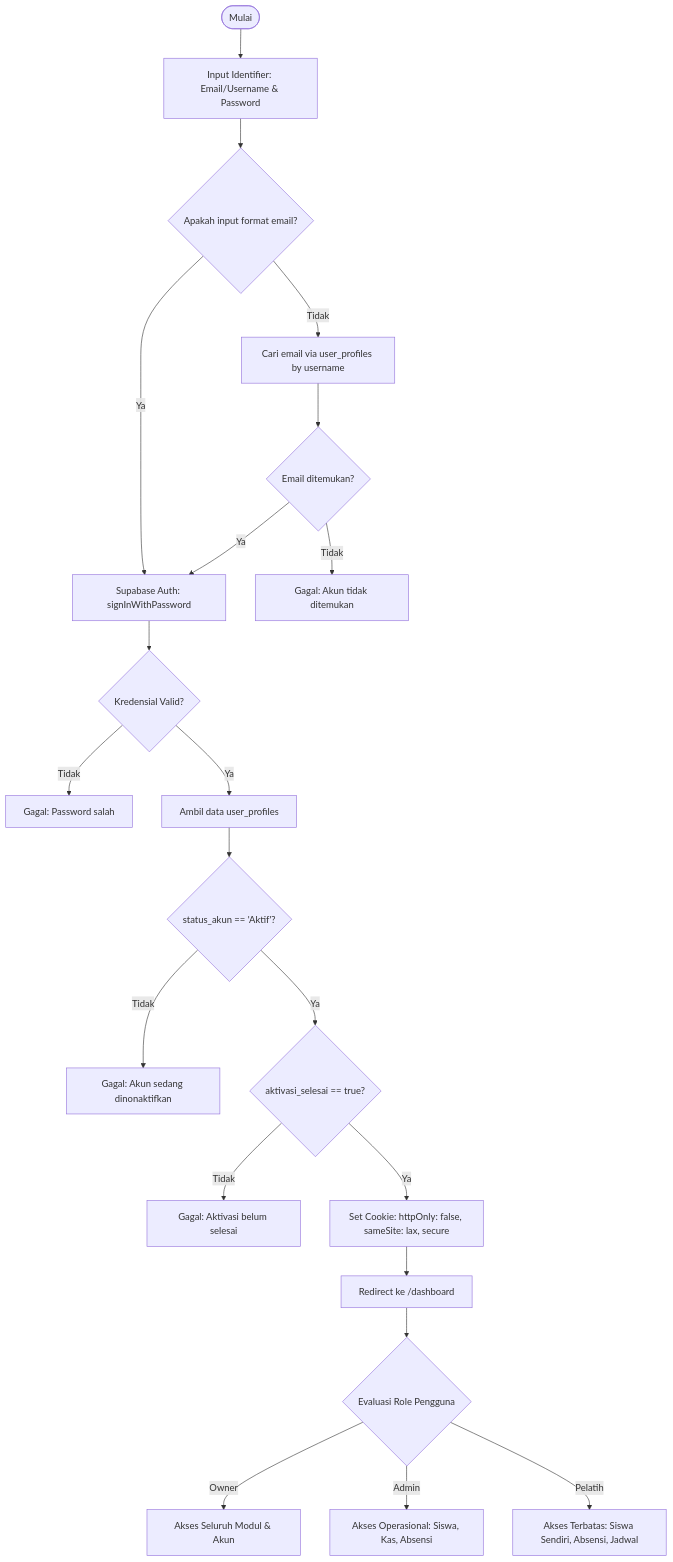
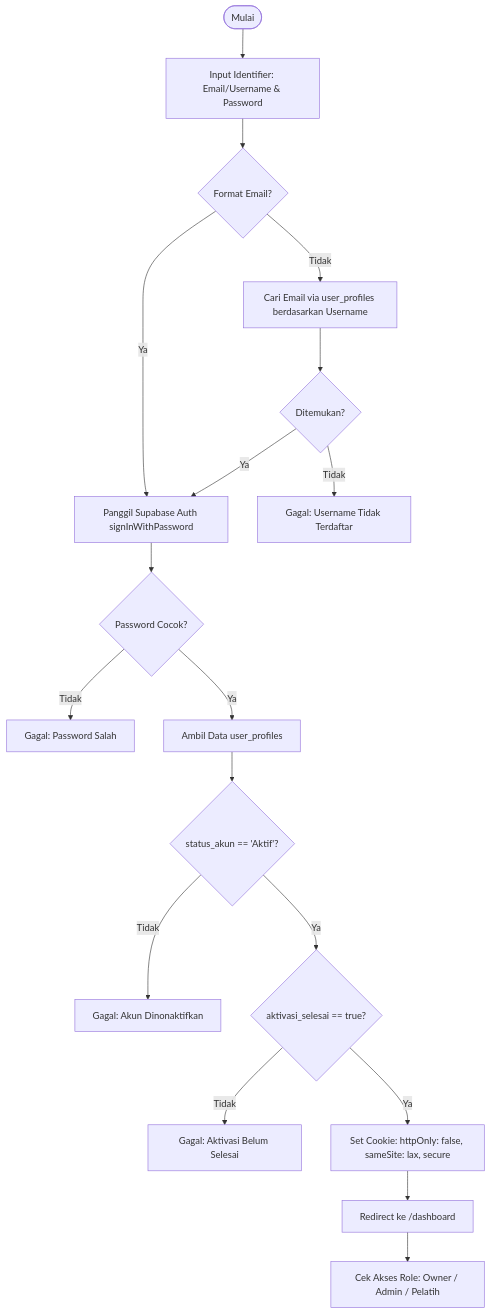
Before and after one commit to skmirwn24-hub/Projek-Kesit: the second of 9 diagrams in README.md, drawn with Mermaid. The commit also changed other lines of this file, not shown here.

Commit message:
docs: align flowcharts strictly with implemented features

````diff
--- a/README.md
+++ b/README.md
@@ -151,29 +169,25 @@
 ```mermaid
 flowchart TD
-    Start([Mulai]) --> InputCreds[Input Identifier: Email/Username & Password]
-    InputCreds --> CheckEmailFormat{Apakah input format email?}
+    Start([Mulai]) --> Input[Input Identifier: Email/Username & Password]
+    Input --> CheckEmail{Format Email?}
     
-    CheckEmailFormat -- Ya --> SupabaseAuth[Supabase Auth: signInWithPassword]
-    CheckEmailFormat -- Tidak --> ResolveUsername[Cari email via user_profiles by username]
+    CheckEmail -- Ya --> SupabaseAuth[Panggil Supabase Auth signInWithPassword]
+    CheckEmail -- Tidak --> ResolveEmail[Cari Email via user_profiles berdasarkan Username]
     
-    ResolveUsername --> FoundEmail{Email ditemukan?}
-    FoundEmail -- Tidak --> ErrNotFound[Gagal: Akun tidak ditemukan]
-    FoundEmail -- Ya --> SupabaseAuth
+    ResolveEmail --> EmailFound{Ditemukan?}
+    EmailFound -- Tidak --> ErrNotFound[Gagal: Username Tidak Terdaftar]
+    EmailFound -- Ya --> SupabaseAuth
     
-    SupabaseAuth --> AuthSuccess{Kredensial Valid?}
-    AuthSuccess -- Tidak --> ErrWrongCreds[Gagal: Password salah]
-    AuthSuccess -- Ya --> FetchProfile[Ambil data user_profiles]
+    SupabaseAuth --> AuthOK{Password Cocok?}
+    AuthOK -- Tidak --> ErrPass[Gagal: Password Salah]
+    AuthOK -- Ya --> GetProfile[Ambil Data user_profiles]
     
-    FetchProfile --> CheckActive{status_akun == 'Aktif'?}
-    CheckActive -- Tidak --> ErrDisabled[Gagal: Akun sedang dinonaktifkan]
-    CheckActive -- Ya --> CheckActivated{aktivasi_selesai == true?}
-    CheckActivated -- Tidak --> ErrUnactivated[Gagal: Aktivasi belum selesai]
-    CheckActivated -- Ya --> SetCookie[Set Cookie: httpOnly: false, sameSite: lax, secure]
+    GetProfile --> CheckActive{status_akun == 'Aktif'?}
+    CheckActive -- Tidak --> ErrInactive[Gagal: Akun Dinonaktifkan]
+    CheckActive -- Ya --> CheckAct{aktivasi_selesai == true?}
+    CheckAct -- Tidak --> ErrUnact[Gagal: Aktivasi Belum Selesai]
+    CheckAct -- Ya --> SetCookie[Set Cookie: httpOnly: false, sameSite: lax, secure]
     
-    SetCookie --> RedirectDashboard[Redirect ke /dashboard]
-    RedirectDashboard --> MiddlewareCheck{Evaluasi Role Pengguna}
-    
-    MiddlewareCheck -->|Owner| AccessFull[Akses Seluruh Modul & Akun]
-    MiddlewareCheck -->|Admin| AccessAdmin[Akses Operasional: Siswa, Kas, Absensi]
-    MiddlewareCheck -->|Pelatih| AccessCoach[Akses Terbatas: Siswa Sendiri, Absensi, Jadwal]
+    SetCookie --> GoDashboard[Redirect ke /dashboard]
+    GoDashboard --> Middleware[Cek Akses Role: Owner / Admin / Pelatih]
 ```
````
